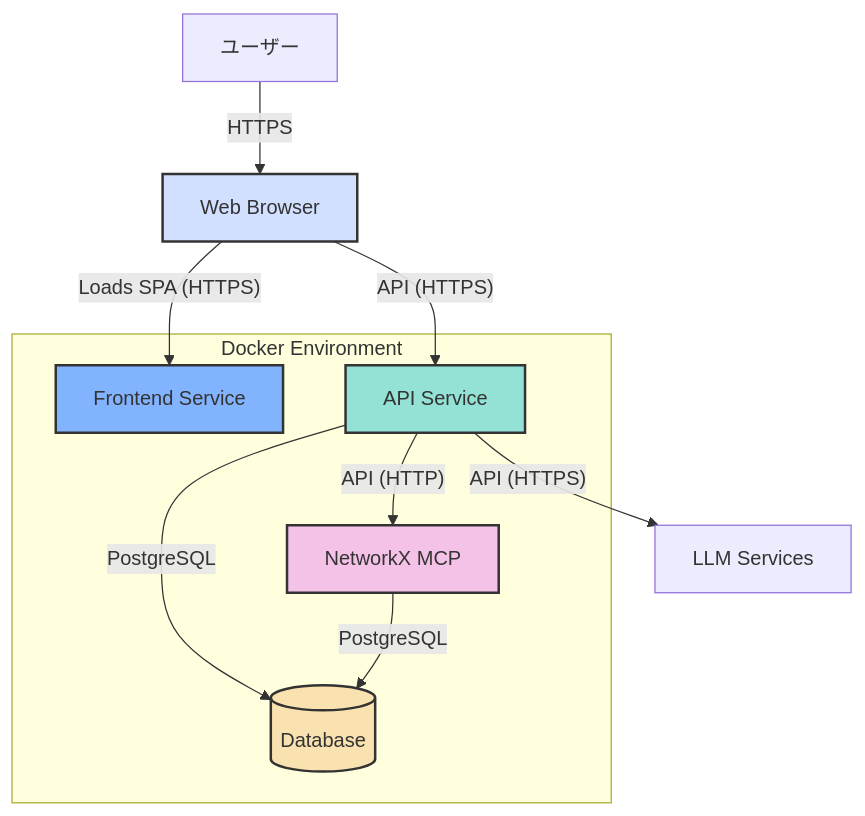
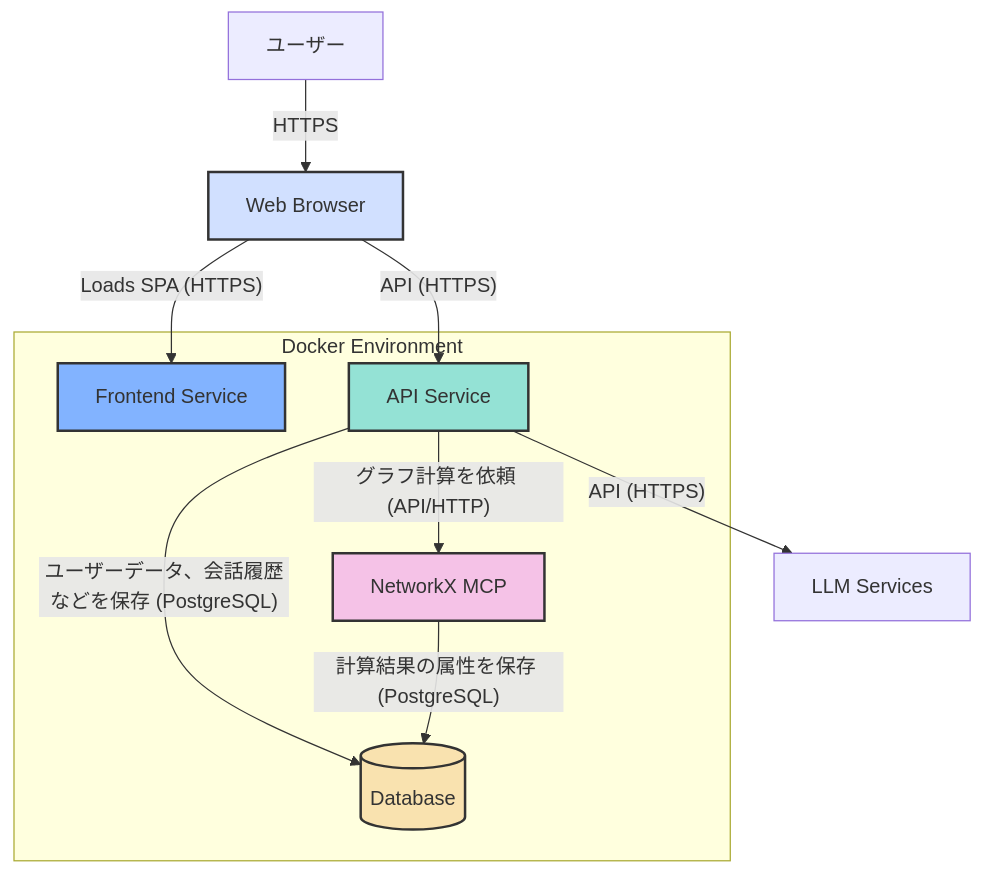
Before and after one commit to vdslab/LLMGraphvis: the second of 2 diagrams in specification/Architecture.md, drawn with Mermaid. The commit also changed other lines of this file and 6 other files, not shown here.

````diff
--- a/specification/Architecture.md
+++ b/specification/Architecture.md
@@ -35,25 +35,25 @@
 ```mermaid
 graph TD
     user[ユーザー] -- "HTTPS" --> webBrowser["Web Browser"]
 
     subgraph "Docker Environment"
         frontendService["Frontend Service"]
         apiService["API Service"]
         networkXMCP["NetworkX MCP"]
         database[("Database")]
     end
 
     webBrowser -- "Loads SPA (HTTPS)" --> frontendService
     webBrowser -- "API (HTTPS)" --> apiService
 
-    apiService -- "API (HTTP)" --> networkXMCP
-    apiService -- "PostgreSQL" --> database
-    networkXMCP -- "PostgreSQL" --> database
+    apiService -- "グラフ計算を依頼 (API/HTTP)" --> networkXMCP
+    apiService -- "ユーザーデータ、会話履歴などを保存 (PostgreSQL)" --> database
+    networkXMCP -- "計算結果の属性を保存 (PostgreSQL)" --> database
     apiService -- "API (HTTPS)" --> llmService[LLM Services]
 
     style webBrowser fill:#d1e0ff,stroke:#333,stroke-width:2px
     style frontendService fill:#82b3ff,stroke:#333,stroke-width:2px
     style apiService fill:#94e2d5,stroke:#333,stroke-width:2px
     style networkXMCP fill:#f5c2e7,stroke:#333,stroke-width:2px
     style database fill:#f9e2af,stroke:#333,stroke-width:2px
 ```
````
